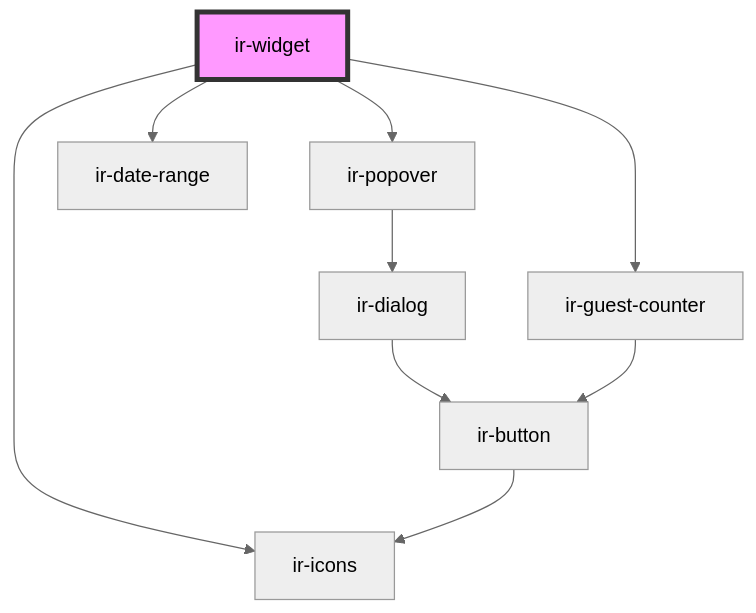
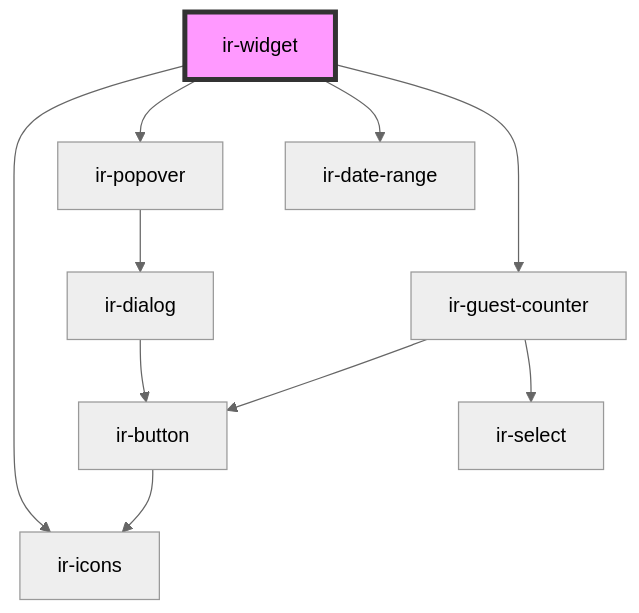
One commit to RonyRizk/ir-be changed the diagram in src/components/ir-booking-widget/readme.md. Above: the diagram before and after it, drawn with Mermaid (neutral theme). The commit also changed 62 other files, not shown here.

````diff
--- a/src/components/ir-booking-widget/readme.md
+++ b/src/components/ir-booking-widget/readme.md
@@ -33,12 +33,13 @@
 ```mermaid
 graph TD;
   ir-widget --> ir-icons
   ir-widget --> ir-popover
   ir-widget --> ir-date-range
   ir-widget --> ir-guest-counter
   ir-popover --> ir-dialog
   ir-dialog --> ir-button
   ir-button --> ir-icons
   ir-guest-counter --> ir-button
+  ir-guest-counter --> ir-select
   style ir-widget fill:#f9f,stroke:#333,stroke-width:4px
 ```
````
